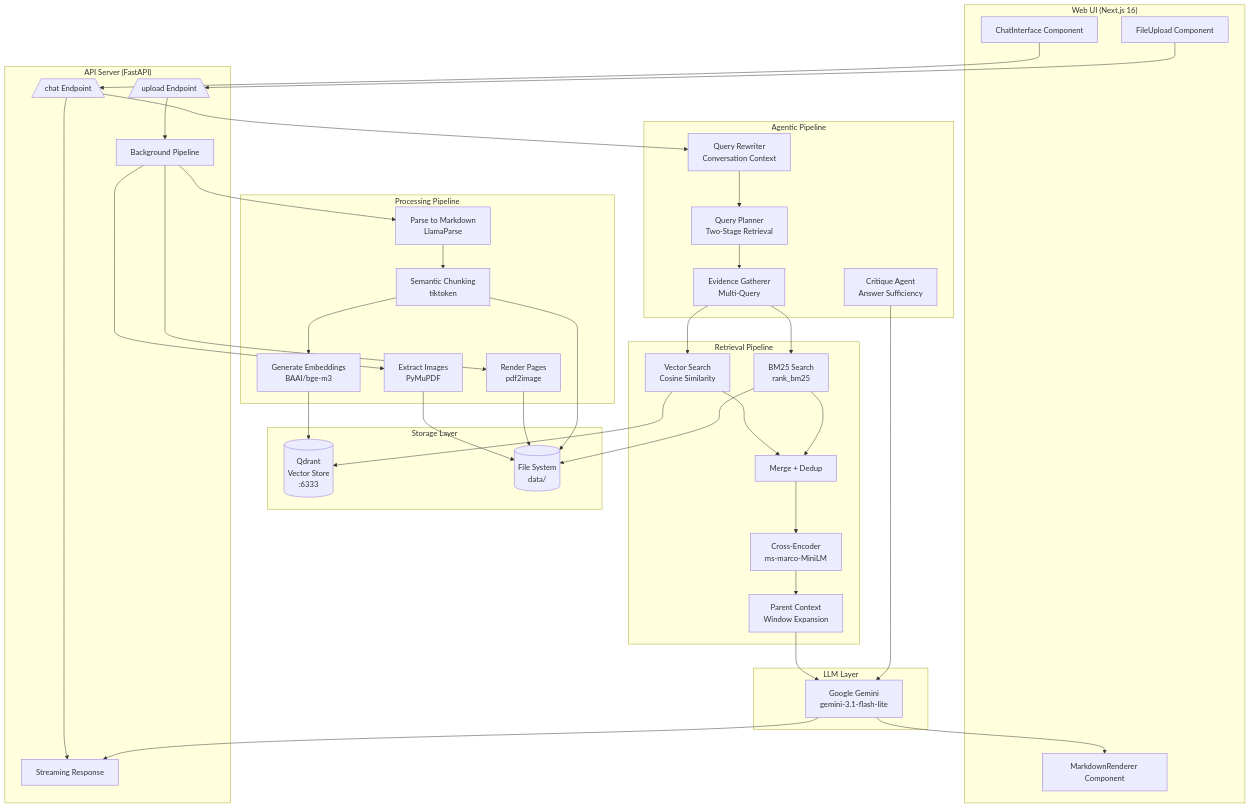
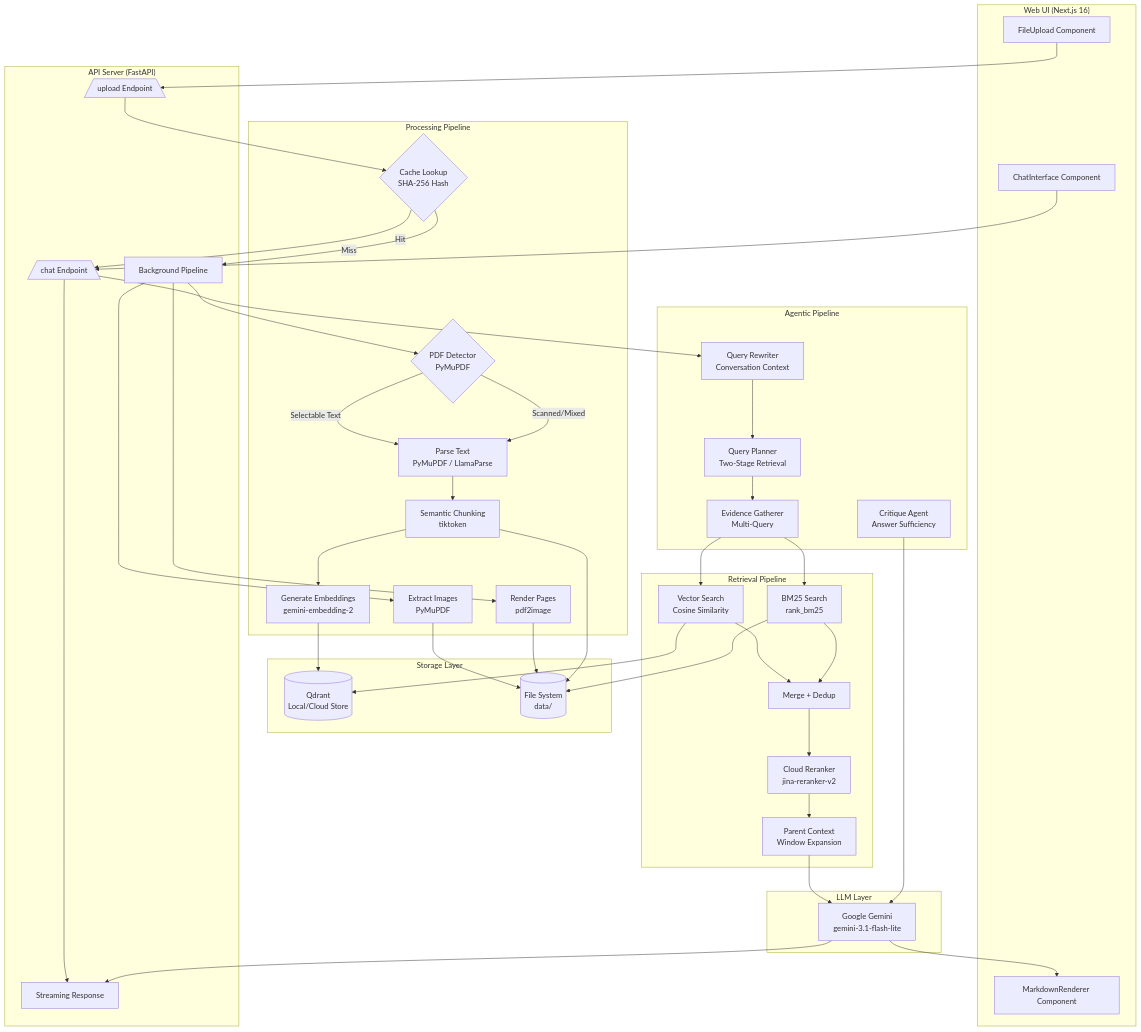
The first of 3 diagrams in Readme.md (Prakshit0902/pdf-rag), drawn with Mermaid before and after one commit. The commit also changed other lines of this file, not shown here.

````diff
--- a/Readme.md
+++ b/Readme.md
@@ -7,69 +9,76 @@
 ```mermaid
 flowchart TB
     subgraph Frontend["Web UI (Next.js 16)"]
         FU[FileUpload Component]
         CI[ChatInterface Component]
         MR[MarkdownRenderer Component]
     end
 
     subgraph Backend["API Server (FastAPI)"]
         API[/chat Endpoint\]
         UPLOAD[/upload Endpoint\]
         SP[Streaming Response]
         BP[Background Pipeline]
     end
 
     subgraph Pipeline["Processing Pipeline"]
+        CACHE{Cache Lookup<br/>SHA-256 Hash}
+        DET{PDF Detector<br/>PyMuPDF}
         IMG[Extract Images<br/>PyMuPDF]
         REN[Render Pages<br/>pdf2image]
-        PARSE[Parse to Markdown<br/>LlamaParse]
+        PARSE[Parse Text<br/>PyMuPDF / LlamaParse]
         CHUNK[Semantic Chunking<br/>tiktoken]
-        INDEX[Generate Embeddings<br/>BAAI/bge-m3]
+        INDEX[Generate Embeddings<br/>gemini-embedding-2]
     end
 
     subgraph Storage["Storage Layer"]
-        QD[(Qdrant<br/>Vector Store<br/>:6333)]
+        QD[(Qdrant<br/>Local/Cloud Store)]
         FS[(File System<br/>data/)]
     end
 
     subgraph Retrieval["Retrieval Pipeline"]
         VEC[Vector Search<br/>Cosine Similarity]
         BM[BM25 Search<br/>rank_bm25]
         MERGE[Merge + Dedup]
-        RERANK[Cross-Encoder<br/>ms-marco-MiniLM]
+        RERANK[Cloud Reranker<br/>jina-reranker-v2]
         PARENT[Parent Context<br/>Window Expansion]
     end
 
     subgraph Agent["Agentic Pipeline"]
         REWRITE[Query Rewriter<br/>Conversation Context]
         PLAN[Query Planner<br/>Two-Stage Retrieval]
         EVIDENCE[Evidence Gatherer<br/>Multi-Query]
         REFLECT[Critique Agent<br/>Answer Sufficiency]
     end
 
     subgraph LLM["LLM Layer"]
         GEMINI[Google Gemini<br/>gemini-3.1-flash-lite]
     end
 
     FU --> UPLOAD
-    UPLOAD --> BP
+    UPLOAD --> CACHE
+    CACHE -->|Miss| BP
+    CACHE -->|Hit| API
+    BP --> DET
+    DET -->|Selectable Text| PARSE
+    DET -->|Scanned/Mixed| PARSE
     BP --> IMG --> FS
     BP --> REN --> FS
-    BP --> PARSE --> CHUNK
+    PARSE --> CHUNK
     CHUNK --> FS
     CHUNK --> INDEX --> QD
 
     CI --> API --> SP
     API --> REWRITE --> PLAN
     PLAN --> EVIDENCE
     EVIDENCE --> VEC --> QD
     EVIDENCE --> BM --> FS
     VEC --> MERGE
     BM --> MERGE
     MERGE --> RERANK
     RERANK --> PARENT
     PARENT --> GEMINI
     REFLECT --> GEMINI
     GEMINI --> SP
     GEMINI --> MR
 ```
````
